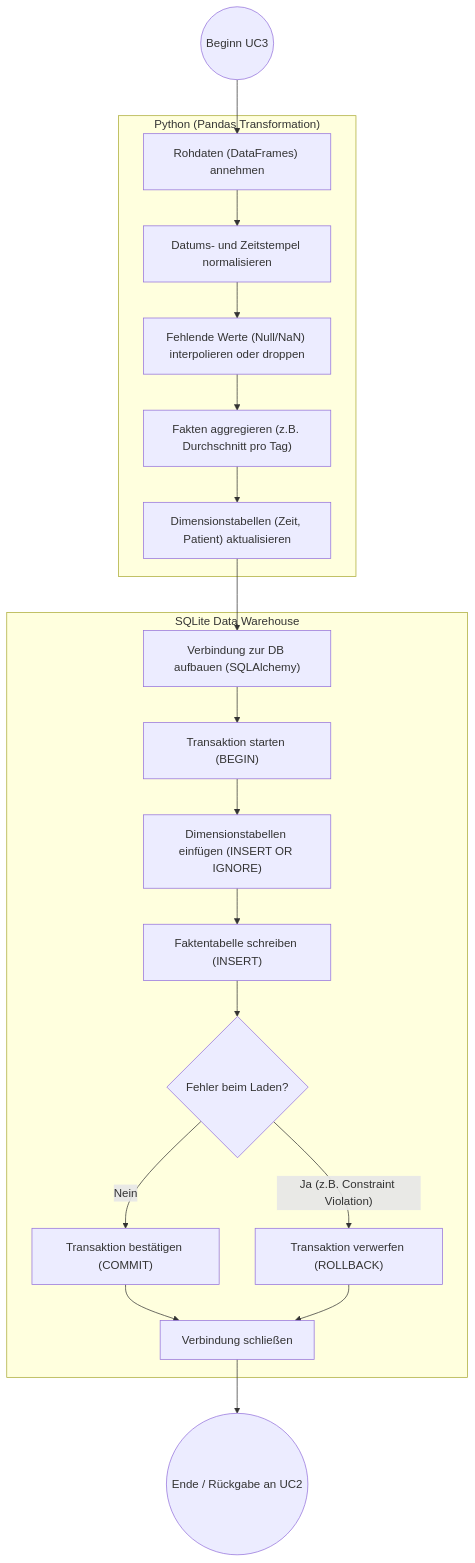
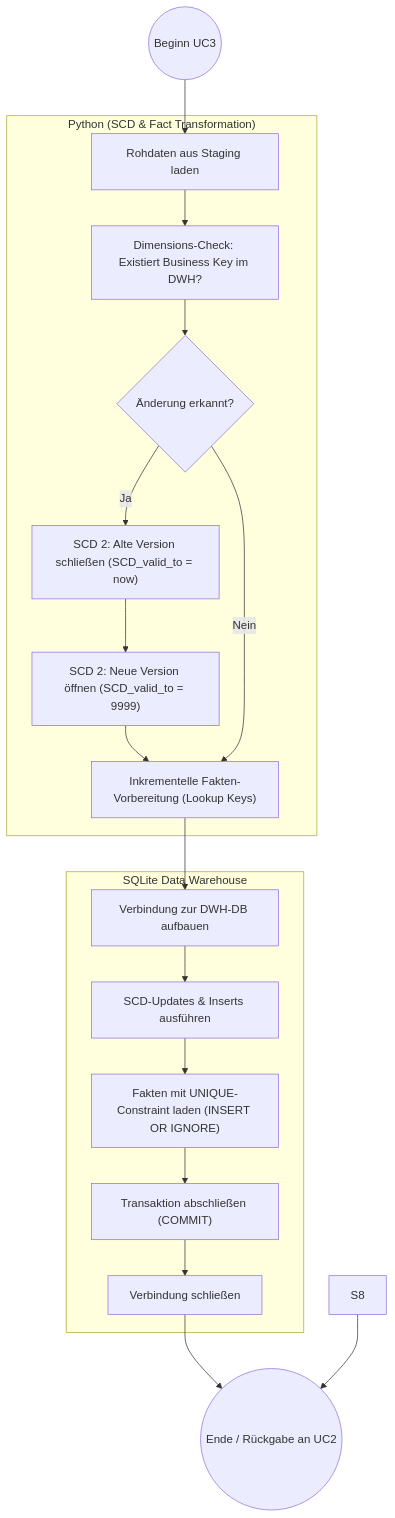
Before and after one commit to NilsBauch/blutdruck_data_engineer_training: the diagram in Architektur/Activity/activity_diagram_uc3.md, drawn with Mermaid. The commit also changed 16 other files, not shown here.

````diff
--- a/Architektur/Activity/activity_diagram_uc3.md
+++ b/Architektur/Activity/activity_diagram_uc3.md
@@ -9,44 +9,39 @@
 ```mermaid
 flowchart TD
     %% Startpunkt des Includes
     Start(("Beginn UC3")) --> P1
 
-    subgraph Python ["Python (Pandas Transformation)"]
-        P1["Rohdaten (DataFrames) annehmen"]
-        P2["Datums- und Zeitstempel normalisieren"]
-        P3["Fehlende Werte (Null/NaN) interpolieren oder droppen"]
-        P4["Fakten aggregieren (z.B. Durchschnitt pro Tag)"]
-        P5["Dimensionstabellen (Zeit, Patient) aktualisieren"]
+    subgraph Python ["Python (SCD & Fact Transformation)"]
+        P1["Rohdaten aus Staging laden"]
+        P2["Dimensions-Check: Existiert Business Key im DWH?"]
+        P3{"Änderung erkannt?"}
+        P4["SCD 2: Alte Version schließen (SCD_valid_to = now)"]
+        P5["SCD 2: Neue Version öffnen (SCD_valid_to = 9999)"]
+        P6["Inkrementelle Fakten-Vorbereitung (Lookup Keys)"]
     end
 
     subgraph SQLite ["SQLite Data Warehouse"]
-        S1["Verbindung zur DB aufbauen (SQLAlchemy)"]
-        S2["Transaktion starten (BEGIN)"]
-        S3["Dimensionstabellen einfügen (INSERT OR IGNORE)"]
-        S4["Faktentabelle schreiben (INSERT)"]
-        S5{"Fehler beim Laden?"}
-        S6["Transaktion bestätigen (COMMIT)"]
-        S7["Transaktion verwerfen (ROLLBACK)"]
-        S8["Verbindung schließen"]
+        S1["Verbindung zur DWH-DB aufbauen"]
+        S2["SCD-Updates & Inserts ausführen"]
+        S3["Fakten mit UNIQUE-Constraint laden (INSERT OR IGNORE)"]
+        S4["Transaktion abschließen (COMMIT)"]
+        S5["Verbindung schließen"]
     end
 
     %% Verknüpfungen
     P1 --> P2
     P2 --> P3
-    P3 --> P4
+    P3 -- Ja --> P4
     P4 --> P5
+    P5 --> P6
+    P3 -- Nein --> P6
     
-    P5 --> S1
+    P6 --> S1
     S1 --> S2
     S2 --> S3
     S3 --> S4
     S4 --> S5
-    
-    S5 -- Nein --> S6
-    S6 --> S8
-    
-    S5 -- Ja (z.B. Constraint Violation) --> S7
-    S7 --> S8
+    S5 --> End(("Ende / Rückgabe an UC2"))
     
     S8 --> End(("Ende / Rückgabe an UC2"))
 ```
````
